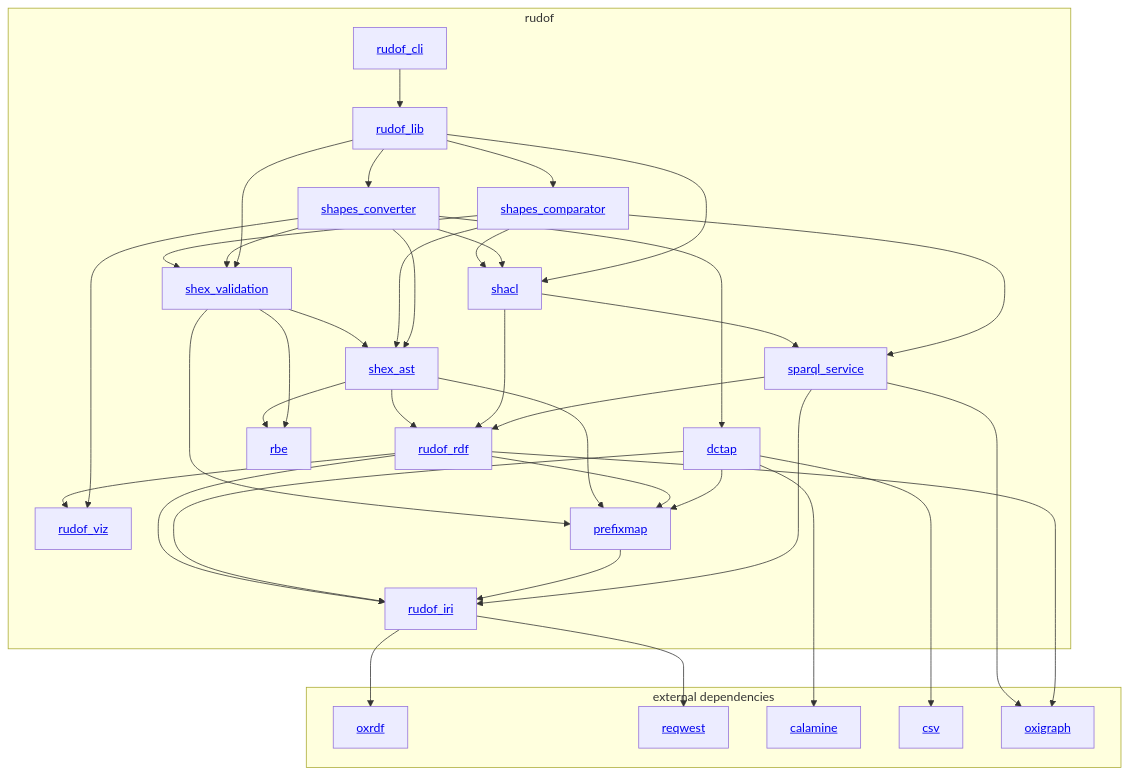
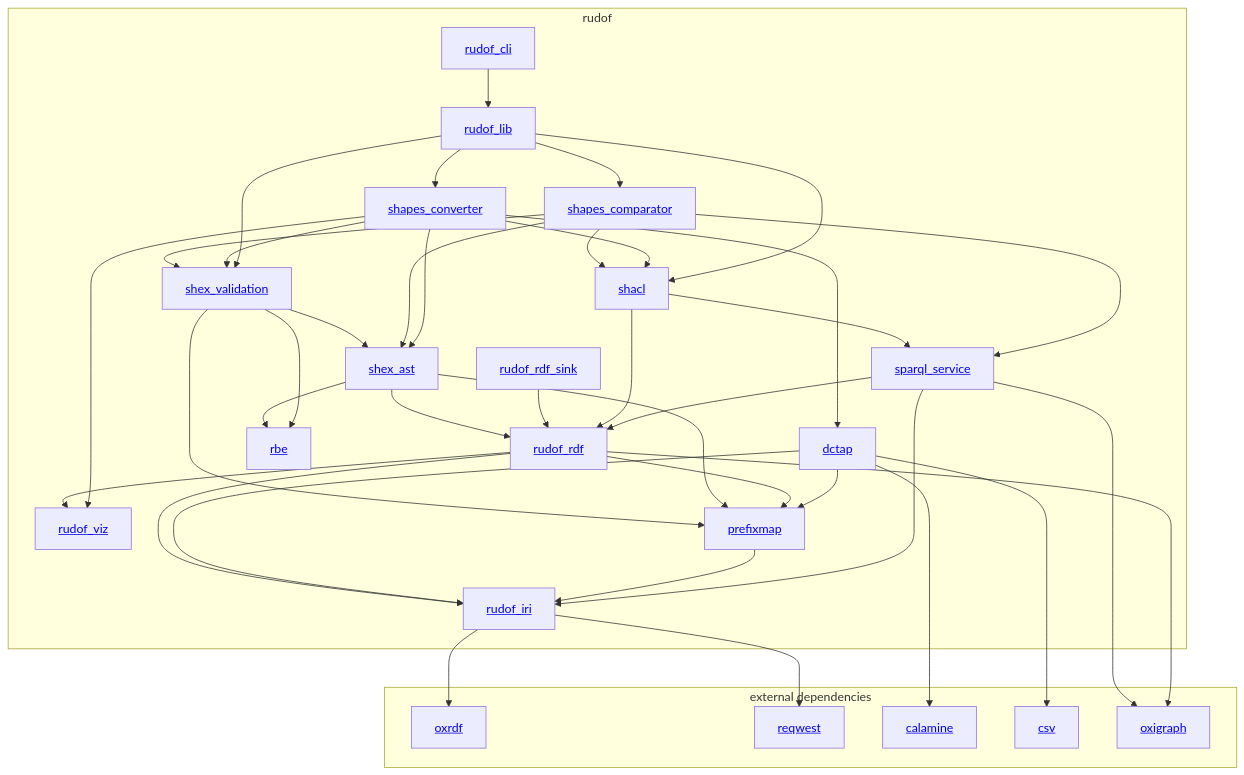
Before and after one commit to rudof-project/rudof: the diagram in docs/src/internals/architecture.md, drawn with Mermaid. The commit also changed 2 other files, not shown here.

Commit message:
docs(internals): document the rudof_rdf_sink crate

````diff
--- a/docs/src/internals/architecture.md
+++ b/docs/src/internals/architecture.md
@@ -5,63 +5,65 @@
 ```mermaid
 graph TD;
  rudof_iri --> oxrdf;
  rudof_iri --> reqwest ;
  dctap --> calamine ;
  dctap --> csv ;
  sparql_service --> oxigraph ;
  rudof_rdf --> oxigraph ;
 subgraph rudof
     rudof_lib[<a href='https://crates.io/crates/rudof_lib'>rudof_lib</a>];
     rudof_cli[<a href='https://crates.io/crates/rudof_cli'>rudof_cli</a>];
     shex_ast[<a href='https://crates.io/crates/shex_ast'>shex_ast</a>];
     rudof_rdf[<a href='https://crates.io/crates/rudof_rdf'>rudof_rdf</a>];
+    rudof_rdf_sink[<a href='https://crates.io/crates/rudof_rdf_sink'>rudof_rdf_sink</a>];
     rudof_viz[<a href='https://crates.io/crates/rudof_viz'>rudof_viz</a>];
     shex_validation[<a href='https://crates.io/crates/shex_validation'>shex_validation</a>];
     shacl[<a href='https://crates.io/crates/shacl'>shacl</a>];
     shapes_comparator[<a href='https://crates.io/crates/shapes_comparator'>shapes_comparator</a>];
     rudof_iri[<a href='https://crates.io/crates/rudof_iri'>rudof_iri</a>];
     prefixmap[<a href='https://crates.io/crates/prefixmap'>prefixmap</a>];
     rbe[<a href='https://crates.io/crates/rbe'>rbe</a>];
     shapes_converter[<a href='https://crates.io/crates/shapes_converter'>shapes_converter</a>];
  dctap[<a href='https://crates.io/crates/dctap'>dctap</a>];
  sparql_service[<a href='https://crates.io/crates/sparql_service'>sparql_service</a>];
 
  rudof_cli --> rudof_lib ;
  shex_ast --> rudof_rdf ;
  shex_ast --> rbe;
  shex_validation-->shex_ast;
+ rudof_rdf_sink-->rudof_rdf;
  rudof_rdf-->rudof_iri;
  rudof_rdf-->rudof_viz;
  shapes_converter-->rudof_viz;
  shacl-->rudof_rdf;
  shacl-->sparql_service;
  shex_validation-->prefixmap;
  shex_ast-->prefixmap;
  rudof_rdf-->prefixmap;
  shex_validation-->rbe;
  dctap-->prefixmap;
  dctap --> rudof_iri;
  shapes_comparator-->shacl;
  shapes_comparator-->shex_ast;
  shapes_comparator-->shex_validation;
  shapes_comparator-->sparql_service;
  shapes_converter-->shacl;
  shapes_converter-->shex_ast;
  shapes_converter-->shex_validation;
  shapes_converter-->dctap;
  prefixmap --> rudof_iri ;
  sparql_service --> rudof_iri ;
  sparql_service --> rudof_rdf ;
  rudof_lib --> shex_validation ;
  rudof_lib --> shacl ;
  rudof_lib --> shapes_comparator ;
  rudof_lib --> shapes_converter ;
 end
 subgraph external dependencies
  oxigraph[<a href='https://crates.io/crates/oxigraph'>oxigraph</a>] ;
  oxrdf[<a href='https://crates.io/crates/oxrdf'>oxrdf</a>] ;
  calamine[<a href='https://docs.rs/calamine/latest/calamine/'>calamine</a>] ;
  reqwest[<a href='https://docs.rs/reqwest/latest/reqwest/'>reqwest</a>] ;
  csv[<a href='https://docs.rs/csv/latest/csv/'>csv</a>]
 end
 ```
````
